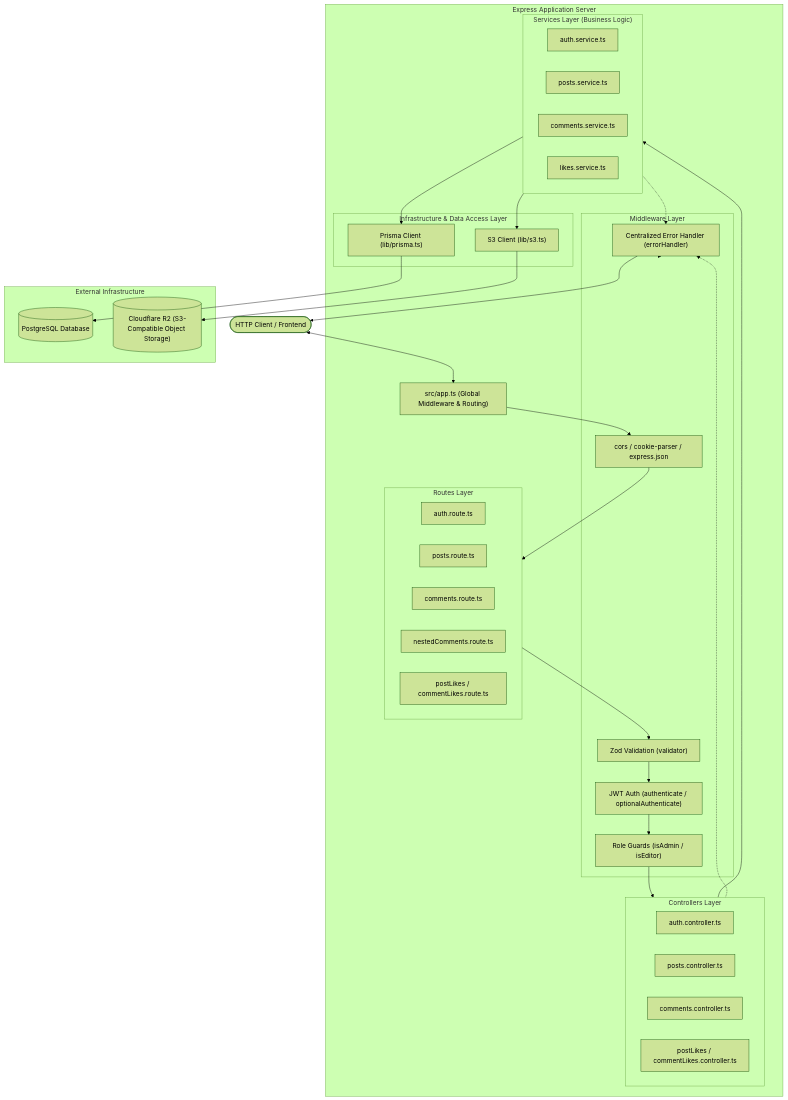
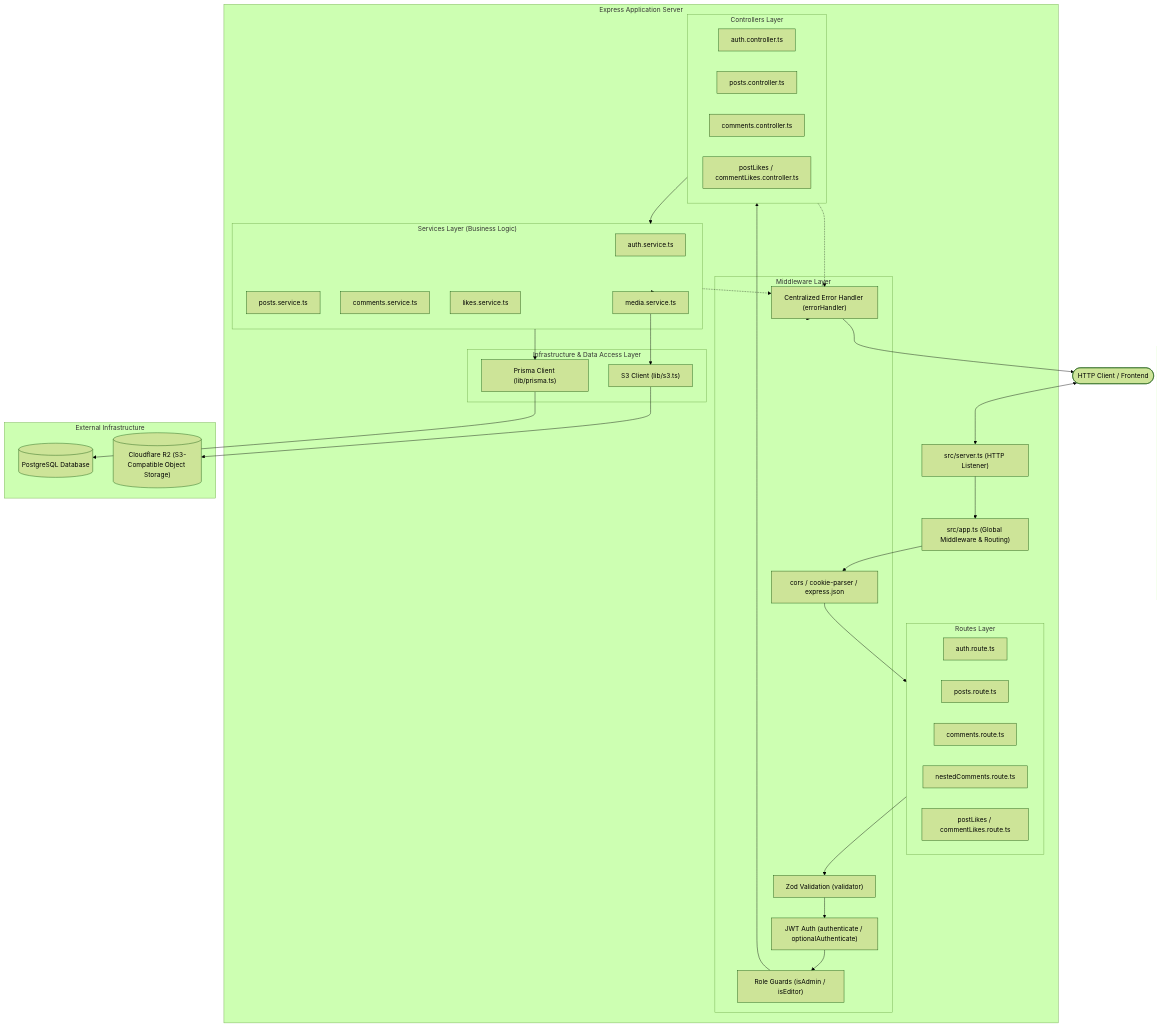
Before and after one commit to feddevv/blog-api: the first of 2 diagrams in docs/architecture.md, drawn with Mermaid (forest theme). The commit also changed other lines of this file, not shown here.

Commit message:
docs: update architecture documentation to reflect new server and media service structure

````diff
--- a/docs/architecture.md
+++ b/docs/architecture.md
@@ -5,59 +5,62 @@
 ```mermaid
 flowchart TD
     Client(["HTTP Client / Frontend"])
 
     subgraph AppServer ["Express Application Server"]
+        Server["src/server.ts (HTTP Listener)"]
         App["src/app.ts (Global Middleware & Routing)"]
 
         subgraph MiddlewareLayer ["Middleware Layer"]
             Cors["cors / cookie-parser / express.json"]
             Val["Zod Validation (validator)"]
             Auth["JWT Auth (authenticate / optionalAuthenticate)"]
             Roles["Role Guards (isAdmin / isEditor)"]
             Err["Centralized Error Handler (errorHandler)"]
         end
 
         subgraph RoutesLayer ["Routes Layer"]
             AuthRoute["auth.route.ts"]
             PostsRoute["posts.route.ts"]
             CommentsRoute["comments.route.ts"]
             NestedComments["nestedComments.route.ts"]
             LikesRoutes["postLikes / commentLikes.route.ts"]
         end
 
         subgraph ControllerLayer ["Controllers Layer"]
             AuthCtrl["auth.controller.ts"]
             PostsCtrl["posts.controller.ts"]
             CommentsCtrl["comments.controller.ts"]
             LikesCtrl["postLikes / commentLikes.controller.ts"]
         end
 
         subgraph ServiceLayer ["Services Layer (Business Logic)"]
             AuthSvc["auth.service.ts"]
             PostsSvc["posts.service.ts"]
             CommentsSvc["comments.service.ts"]
             LikesSvc["likes.service.ts"]
+            MediaSvc["media.service.ts"]
         end
 
         subgraph LibLayer ["Infrastructure & Data Access Layer"]
             PrismaClientInstance["Prisma Client (lib/prisma.ts)"]
             S3ClientInstance["S3 Client (lib/s3.ts)"]
         end
     end
 
     subgraph ExternalServices ["External Infrastructure"]
         PostgreSQL[("PostgreSQL Database")]
         CloudflareR2[("Cloudflare R2 (S3-Compatible Object Storage)")]
     end
 
-    Client <--> App
+    Client <--> Server
+    Server --> App
     App --> Cors --> RoutesLayer
     RoutesLayer --> Val --> Auth --> Roles --> ControllerLayer
     ControllerLayer --> ServiceLayer
     ServiceLayer --> PrismaClientInstance --> PostgreSQL
-    ServiceLayer --> S3ClientInstance --> CloudflareR2
+    ServiceLayer --> MediaSvc --> S3ClientInstance --> CloudflareR2
     MiddlewareLayer -.-> Err
     ControllerLayer -.-> Err
     ServiceLayer -.-> Err
     Err --> Client
 ```
````
